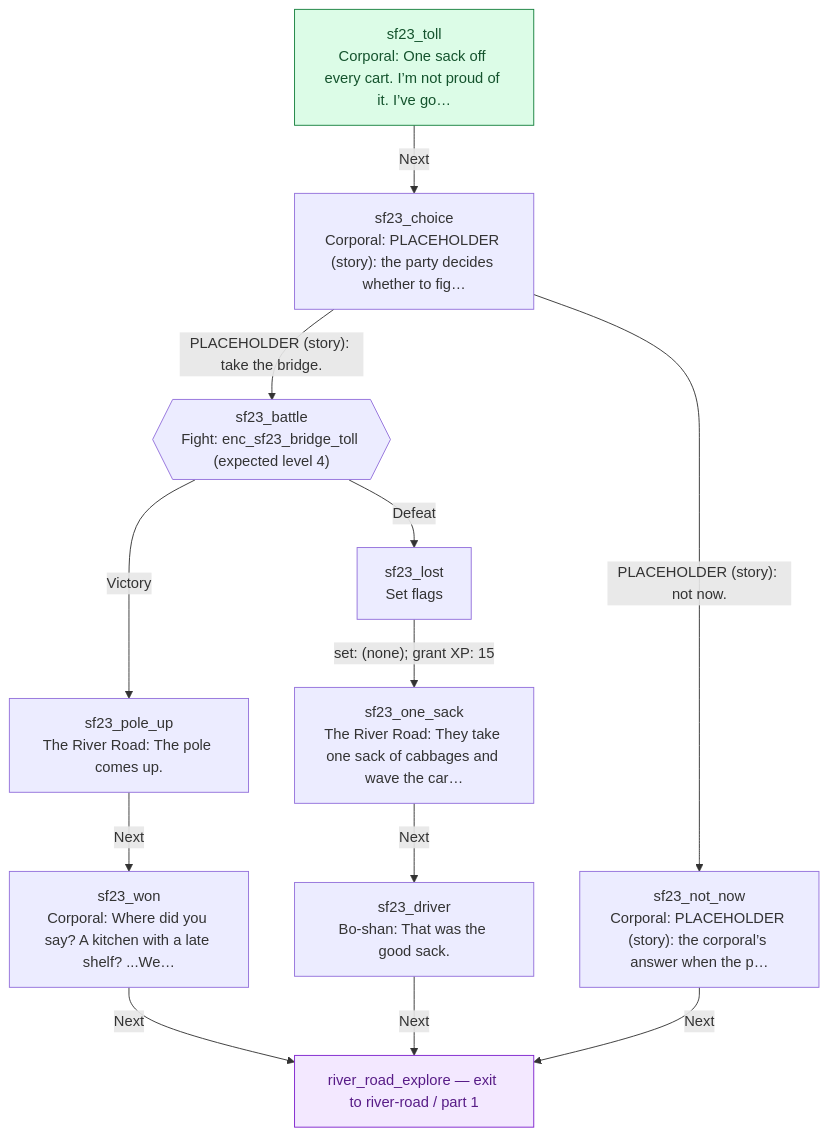
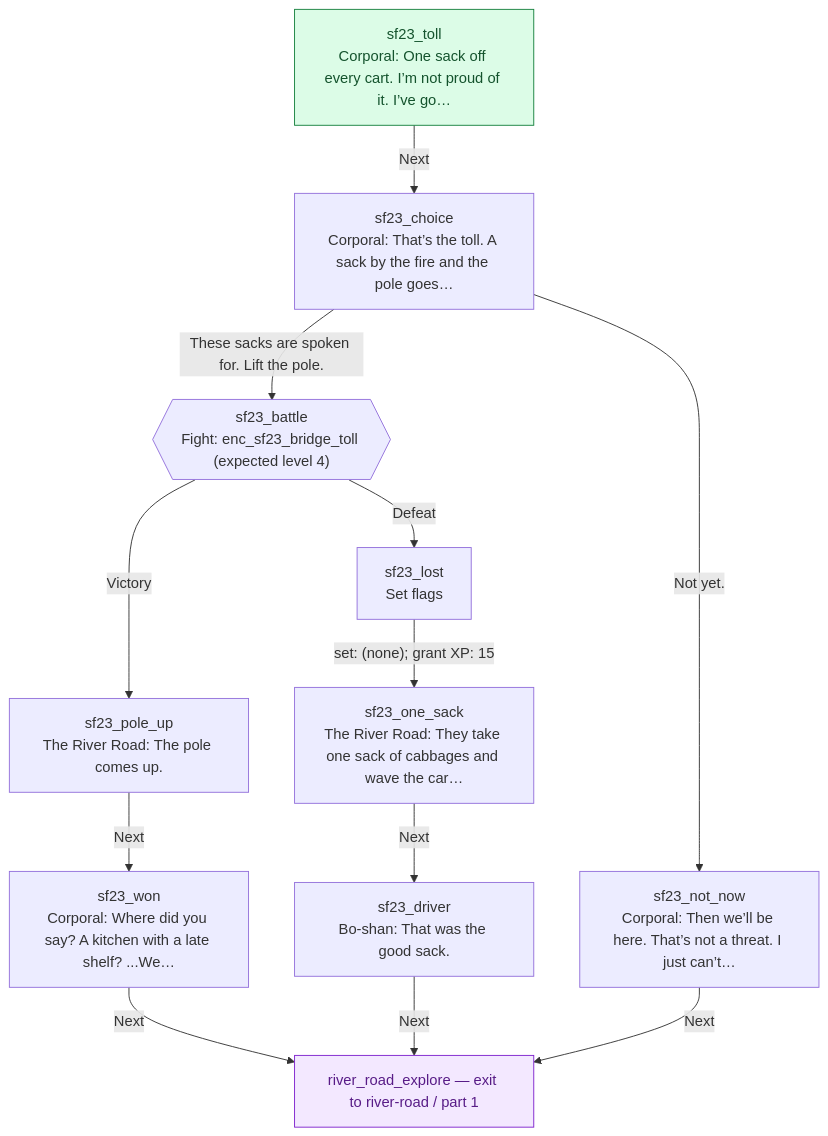
Before and after one commit to jaredbahr/Avatarrpg: the diagram in docs/story/sf23-bridge-toll.md, drawn with Mermaid. The commit also changed 5 other files, not shown here.

````diff
--- a/docs/story/sf23-bridge-toll.md
+++ b/docs/story/sf23-bridge-toll.md
@@ -21,27 +21,27 @@
 ```mermaid
 flowchart TD
   n380{{"sf23_battle<br/>Fight: enc_sf23_bridge_toll (expected level 4)"}}
-  n381["sf23_choice<br/>Corporal: PLACEHOLDER (story): the party decides whether to fig…"]
+  n381["sf23_choice<br/>Corporal: That’s the toll. A sack by the fire and the pole goes…"]
   n382["sf23_driver<br/>Bo-shan: That was the good sack."]
   n383["sf23_lost<br/>Set flags"]
-  n384["sf23_not_now<br/>Corporal: PLACEHOLDER (story): the corporal’s answer when the p…"]
+  n384["sf23_not_now<br/>Corporal: Then we’ll be here. That’s not a threat. I just can’t…"]
   n385["sf23_one_sack<br/>The River Road: They take one sack of cabbages and wave the car…"]
   n386["sf23_pole_up<br/>The River Road: The pole comes up."]
   n387["sf23_toll<br/>Corporal: One sack off every cart. I’m not proud of it. I’ve go…"]:::entry
   n388["sf23_won<br/>Corporal: Where did you say? A kitchen with a late shelf? ...We…"]
   n313["river_road_explore — exit to river-road / part 1"]:::external
   n380 -->|"Victory"| n386
   n380 -->|"Defeat"| n383
-  n381 -->|"PLACEHOLDER (story): take the bridge."| n380
-  n381 -->|"PLACEHOLDER (story): not now."| n384
+  n381 -->|"These sacks are spoken for. Lift the pole."| n380
+  n381 -->|"Not yet."| n384
   n382 -->|"Next"| n313
   n383 -->|"set: (none); grant XP: 15"| n385
   n384 -->|"Next"| n313
   n385 -->|"Next"| n382
   n386 -->|"Next"| n388
   n387 -->|"Next"| n381
   n388 -->|"Next"| n313
   classDef entry fill:#dcfce7,stroke:#15803d,color:#14532d
   classDef external fill:#f3e8ff,stroke:#7e22ce,color:#581c87
   classDef continuation fill:#f8fafc,stroke:#475569,color:#0f172a,stroke-dasharray:5 5
 ```
````
